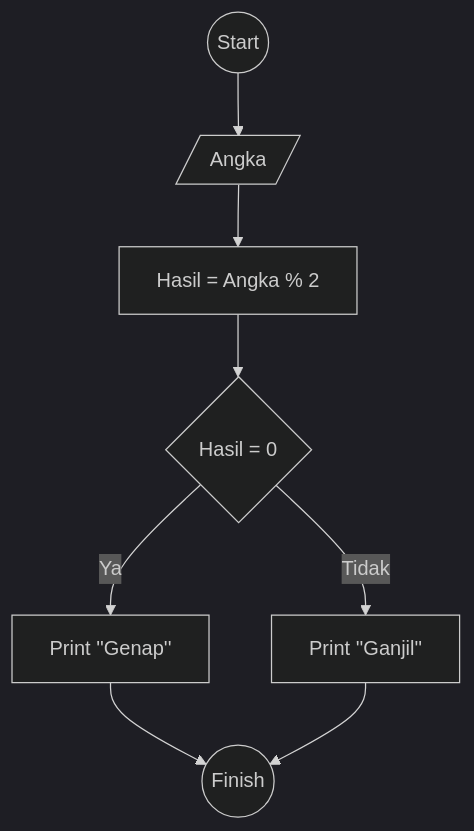
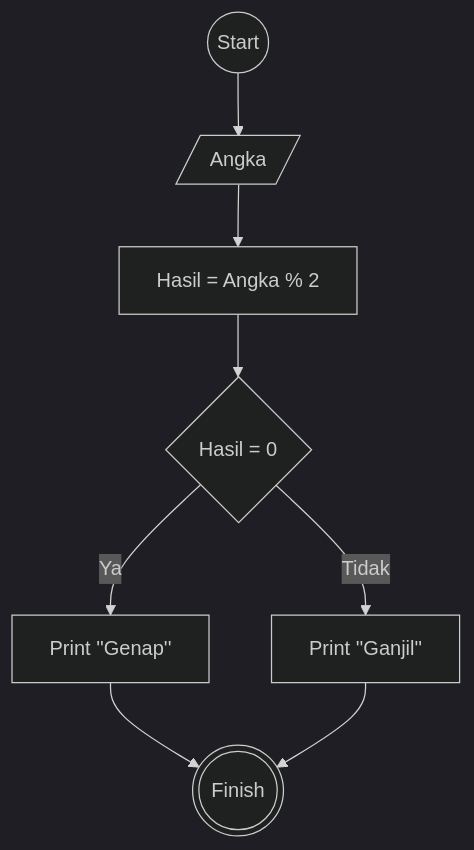
The diagram in README.md (aldi-ardyansah/koda-b10-algoritma), drawn with Mermaid (dark theme) before and after one commit.

Commit message:
Restore algorithm descriptions in README.md

````diff
--- a/README.md
+++ b/README.md
@@ -23,8 +23,8 @@
 ```mermaid
 flowchart TD
     A((Start)) --> B[/Angka/]
     B[/Angka/] --> C[Angka / 2]
     C[Hasil = Angka % 2] --> D{Hasil = 0}
-    D{Hasil = 0} --Ya--> E[Print ''Genap''] --> G((Finish))
-    D{Hasil = 0} --Tidak--> F[Print ''Ganjil''] --> G((Finish))
+    D{Hasil = 0} --Ya--> E[Print ''Genap''] --> G(((Finish)))
+    D{Hasil = 0} --Tidak--> F[Print ''Ganjil''] --> G(((Finish)))
 ```
````
